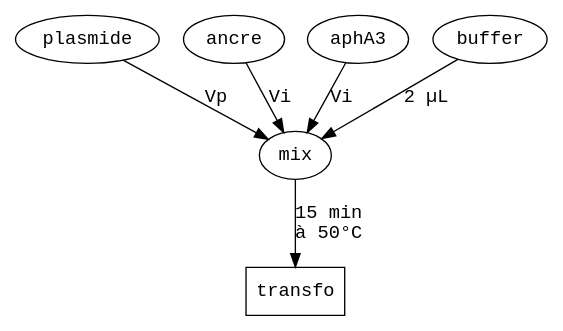
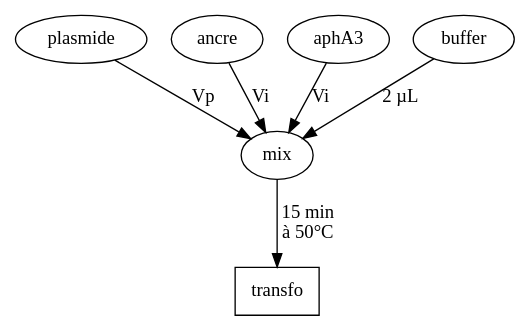
One commit to sam217pa/rapport_biblio changed the fourth of 11 diagrams in notes/journal.org. Above: the diagram before and after it, drawn with Graphviz. The commit also changed other lines of this file and 4 other files, not shown here.

```diff
--- a/notes/journal.org
+++ b/notes/journal.org
@@ -2111,16 +2124,16 @@
 #+begin_src dot :file img/infusion.png :cmdline -Tpng :exports none :results silent
   digraph {
-  graph [fontname = "Courier"];
-  node  [fontname = "Courier"];
-  edge  [fontname = "Courier"];
+  graph [fontname = "Gill Sans"];
+  node  [fontname = "Gill Sans"];
+  edge  [fontname = "Gill Sans"];
 
        plasmide -> mix [label = "Vp"]
        ancre -> mix [label = "Vi"]
        aphA3 -> mix [label = "Vi"]
        buffer -> mix [label = "2 µL"]
 
        mix -> transfo [label = "15 min\nà 50°C"]
        transfo [shape = box]
 
   }
 #+end_src
```
